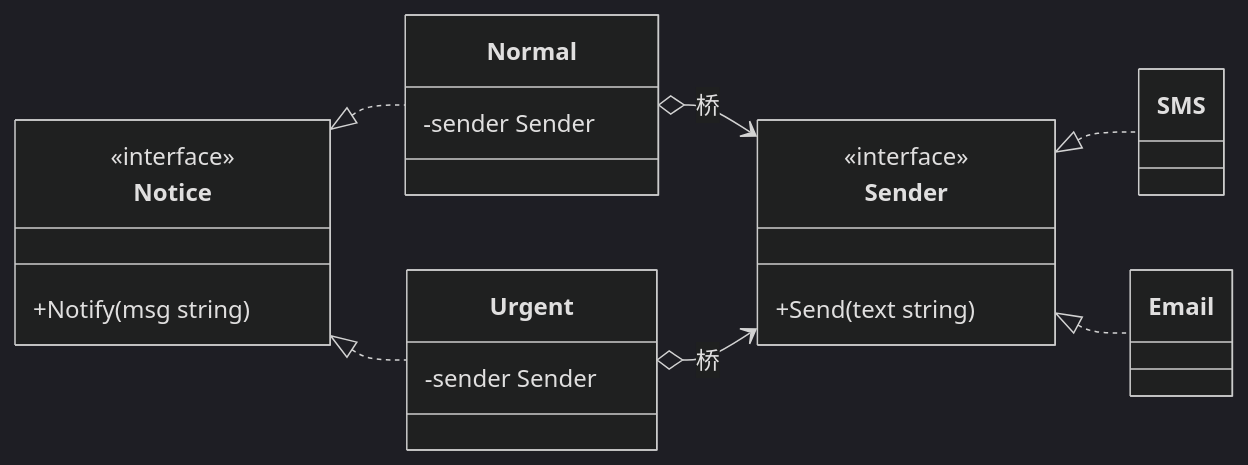
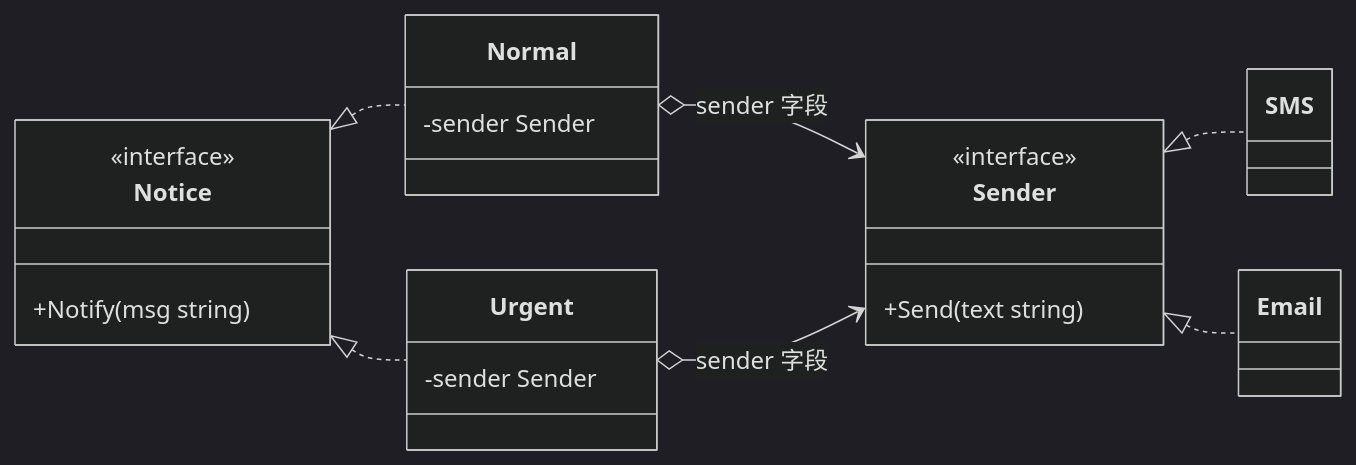
One commit to caticat/design-pattern changed the diagram in docs/structural/bridge/problem.md. Above: the diagram before and after it, drawn with Mermaid (dark theme). The commit also changed other lines of this file and 9 other files, not shown here.

Commit message:
docs: 重画桥接和解释器问题图并校准图注

````diff
--- a/docs/structural/bridge/problem.md
+++ b/docs/structural/bridge/problem.md
@@ -29,24 +29,24 @@
 ```mermaid
 classDiagram
     direction LR
     class Notice {
         <<interface>>
         +Notify(msg string)
     }
     class Normal {
         -sender Sender
     }
     class Urgent {
         -sender Sender
     }
     class Sender {
         <<interface>>
         +Send(text string)
     }
     Notice <|.. Normal
     Notice <|.. Urgent
-    Normal o--> Sender : 桥
-    Urgent o--> Sender : 桥
+    Normal o--> Sender : sender 字段
+    Urgent o--> Sender : sender 字段
     Sender <|.. SMS
     Sender <|.. Email
 ```
````
